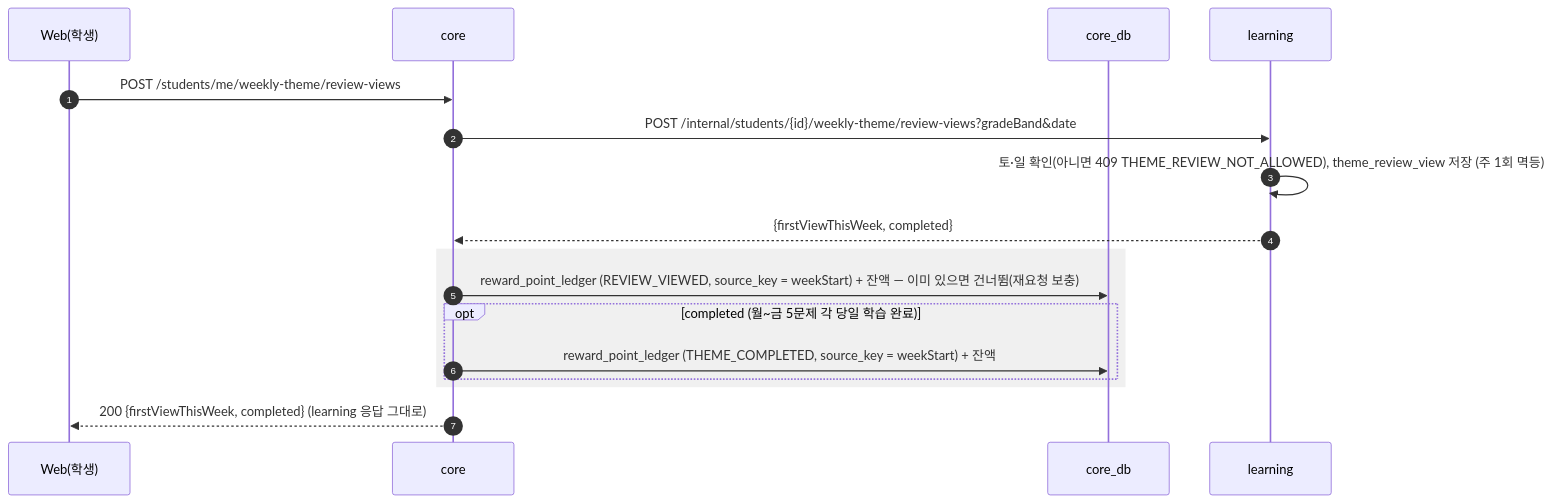
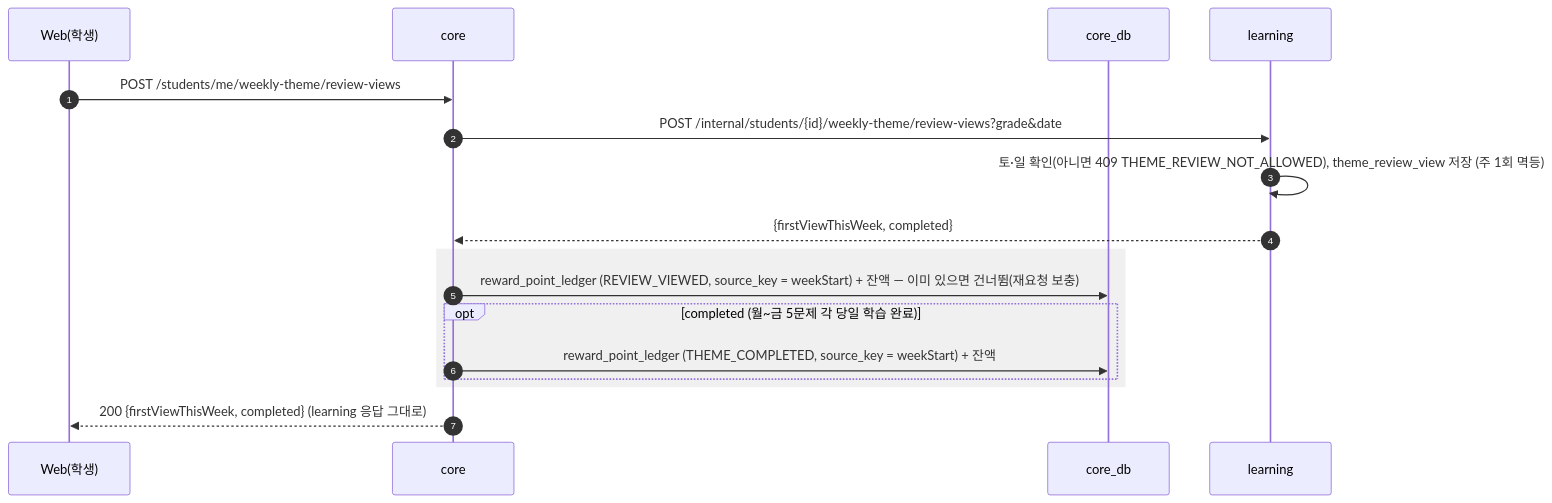
Before and after one commit to SKNETWORKS-FAMILY-AICAMP/SKN34-FINAL-3TEAM: diagram 19 of 38 in docs/design/sequence-diagram.md, drawn with Mermaid. The commit also changed other lines of this file and 6 other files, not shown here.

````diff
--- a/docs/design/sequence-diagram.md
+++ b/docs/design/sequence-diagram.md
@@ -759,20 +761,20 @@
 ```mermaid
 sequenceDiagram
   autonumber
   participant W as Web(학생)
   participant C as core
   participant CDB as core_db
   participant L as learning
 
   W->>C: POST /students/me/weekly-theme/review-views
-  C->>L: POST /internal/students/{id}/weekly-theme/review-views?gradeBand&date
+  C->>L: POST /internal/students/{id}/weekly-theme/review-views?grade&date
   L->>L: 토·일 확인(아니면 409 THEME_REVIEW_NOT_ALLOWED), theme_review_view 저장 (주 1회 멱등)
   L-->>C: {firstViewThisWeek, completed}
   rect rgba(128,128,128,0.12)
     C->>CDB: reward_point_ledger (REVIEW_VIEWED, source_key = weekStart) + 잔액 — 이미 있으면 건너뜀(재요청 보충)
     opt completed (월~금 5문제 각 당일 학습 완료)
       C->>CDB: reward_point_ledger (THEME_COMPLETED, source_key = weekStart) + 잔액
     end
   end
   C-->>W: 200 {firstViewThisWeek, completed} (learning 응답 그대로)
 ```
````
